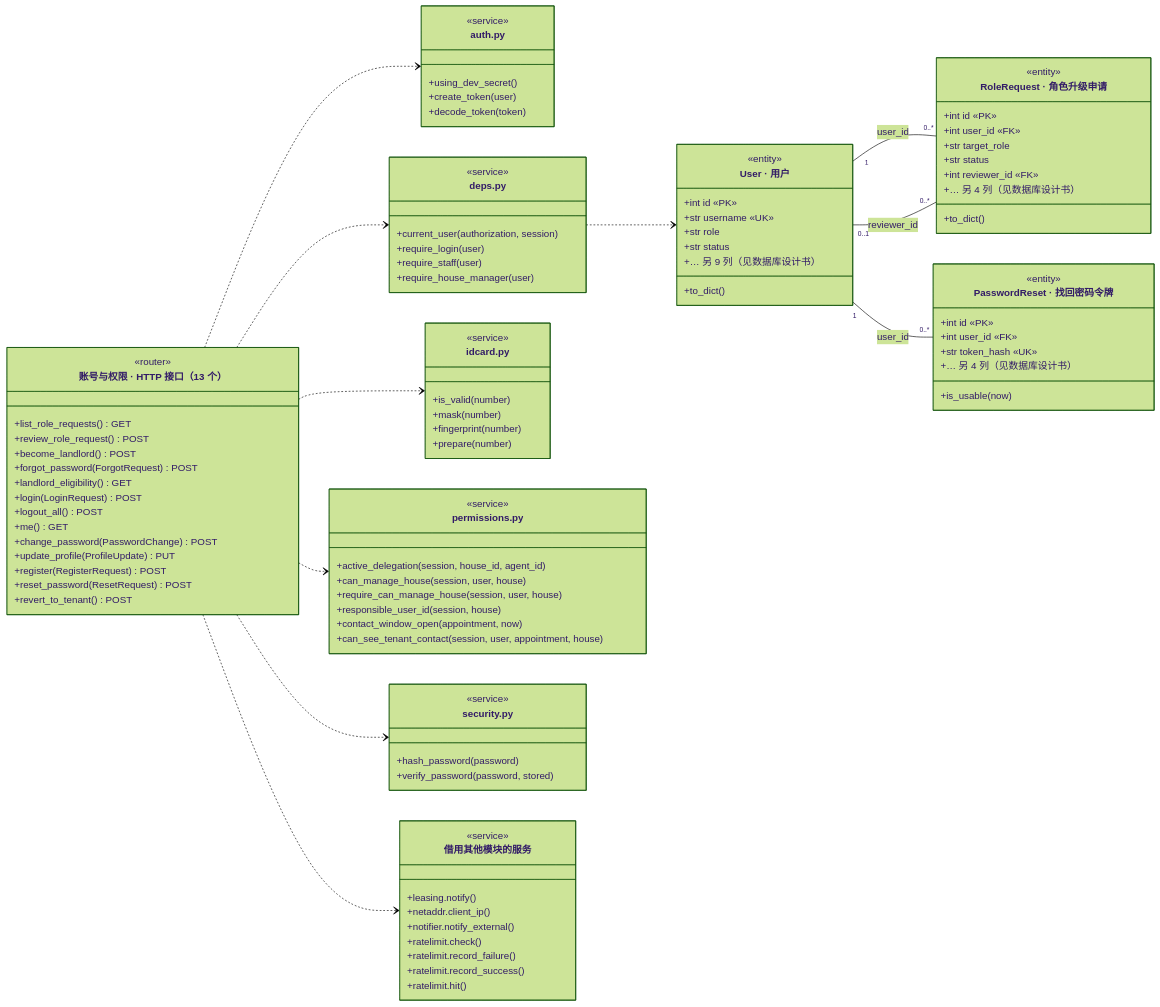
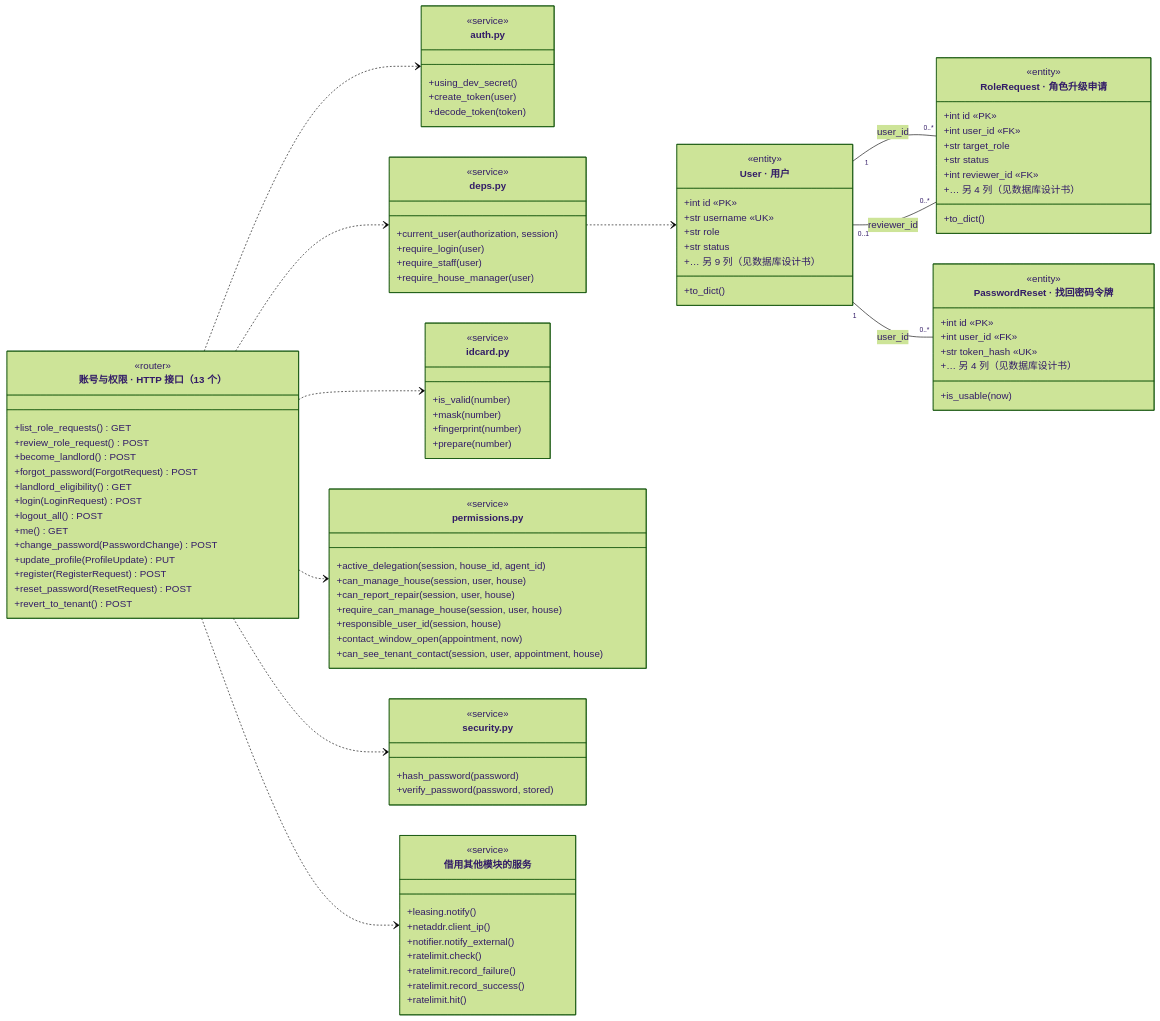
One commit to A107586/ai-house-rental changed the diagram in docs/图/class_account.mmd. Above: the diagram before and after it, drawn with Mermaid (forest theme). The commit also changed 32 other files, not shown here.

```diff
--- a/docs/图/class_account.mmd
+++ b/docs/图/class_account.mmd
@@ -1,99 +1,100 @@
 classDiagram
     direction LR
     class Api["账号与权限 · HTTP 接口（13 个）"] {
         <<router>>
         +list_role_requests() GET
         +review_role_request() POST
         +become_landlord() POST
         +forgot_password(ForgotRequest) POST
         +landlord_eligibility() GET
         +login(LoginRequest) POST
         +logout_all() POST
         +me() GET
         +change_password(PasswordChange) POST
         +update_profile(ProfileUpdate) PUT
         +register(RegisterRequest) POST
         +reset_password(ResetRequest) POST
         +revert_to_tenant() POST
     }
     class m_auth["auth.py"] {
         <<service>>
         +using_dev_secret()
         +create_token(user)
         +decode_token(token)
     }
     Api ..> m_auth
     class m_deps["deps.py"] {
         <<service>>
         +current_user(authorization, session)
         +require_login(user)
         +require_staff(user)
         +require_house_manager(user)
     }
     Api ..> m_deps
     class m_idcard["idcard.py"] {
         <<service>>
         +is_valid(number)
         +mask(number)
         +fingerprint(number)
         +prepare(number)
     }
     Api ..> m_idcard
     class m_permissions["permissions.py"] {
         <<service>>
         +active_delegation(session, house_id, agent_id)
         +can_manage_house(session, user, house)
+        +can_report_repair(session, user, house)
         +require_can_manage_house(session, user, house)
         +responsible_user_id(session, house)
         +contact_window_open(appointment, now)
         +can_see_tenant_contact(session, user, appointment, house)
     }
     Api ..> m_permissions
     class m_security["security.py"] {
         <<service>>
         +hash_password(password)
         +verify_password(password, stored)
     }
     Api ..> m_security
     class m_shared["借用其他模块的服务"] {
         <<service>>
         +leasing.notify()
         +netaddr.client_ip()
         +notifier.notify_external()
         +ratelimit.check()
         +ratelimit.record_failure()
         +ratelimit.record_success()
         +ratelimit.hit()
     }
     Api ..> m_shared
     class User["User · 用户"] {
         <<entity>>
         +int id «PK»
         +str username «UK»
         +str role
         +str status
         +… 另 9 列（见数据库设计书）
         +to_dict()
     }
     class RoleRequest["RoleRequest · 角色升级申请"] {
         <<entity>>
         +int id «PK»
         +int user_id «FK»
         +str target_role
         +str status
         +int reviewer_id «FK»
         +… 另 4 列（见数据库设计书）
         +to_dict()
     }
     class PasswordReset["PasswordReset · 找回密码令牌"] {
         <<entity>>
         +int id «PK»
         +int user_id «FK»
         +str token_hash «UK»
         +… 另 4 列（见数据库设计书）
         +is_usable(now)
     }
     User "1" -- "0..*" RoleRequest : user_id
     User "0..1" -- "0..*" RoleRequest : reviewer_id
     User "1" -- "0..*" PasswordReset : user_id
     m_deps ..> User
```
